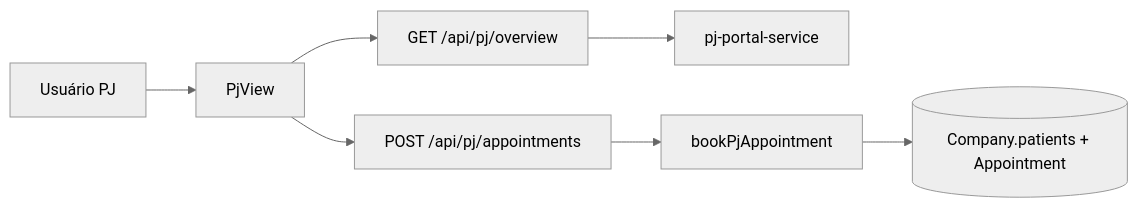
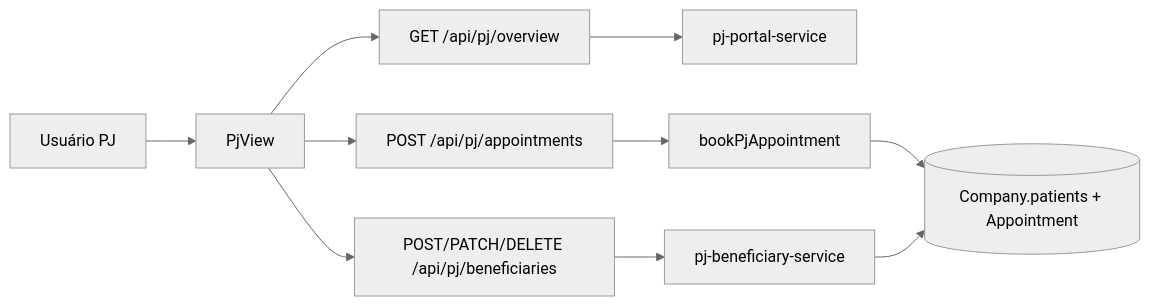
One commit to Piulres/sistema-bibi changed the sixth of 10 diagrams in docs/produto/FLUXOS.md. Above: the diagram before and after it, drawn with Mermaid (neutral theme). The commit also changed other lines of this file and 4 other files, not shown here.

````diff
--- a/docs/produto/FLUXOS.md
+++ b/docs/produto/FLUXOS.md
@@ -544,9 +551,12 @@
 ```mermaid
 flowchart LR
   RH[Usuário PJ] --> V[PjView]
   V --> O[GET /api/pj/overview]
   V --> A[POST /api/pj/appointments]
+  V --> C[POST/PATCH/DELETE /api/pj/beneficiaries]
   O --> S[pj-portal-service]
   A --> B[bookPjAppointment]
+  C --> P[pj-beneficiary-service]
   B --> DB[(Company.patients + Appointment)]
+  P --> DB
 ```
````
